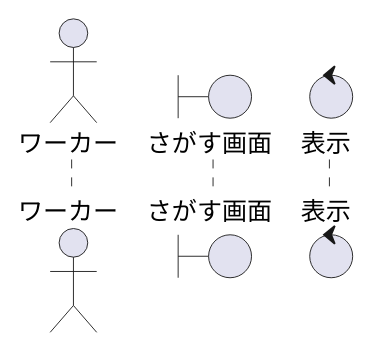
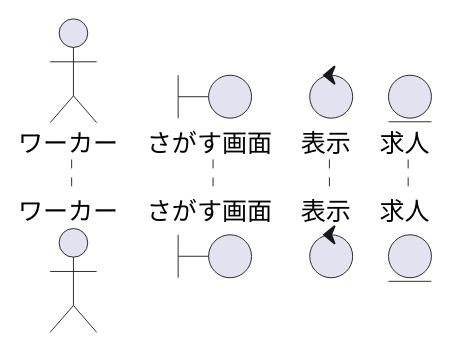
The diagram in sequence_fig/search_fn/求人のお気に入りを設定する.pu (irukacb256/high_Me), drawn with PlantUML before and after one commit.

```diff
--- a/sequence_fig/search_fn/求人のお気に入りを設定する.pu
+++ b/sequence_fig/search_fn/求人のお気に入りを設定する.pu
@@ -1,12 +1,12 @@
 @startuml 求人のお気に入り設定をする
 
 ' 1
 actor ワーカー as wo1
 boundary さがす画面 as sc1
 
 control 表示 as co1
 
-
+entity 求人
 
 
 @enduml
```
